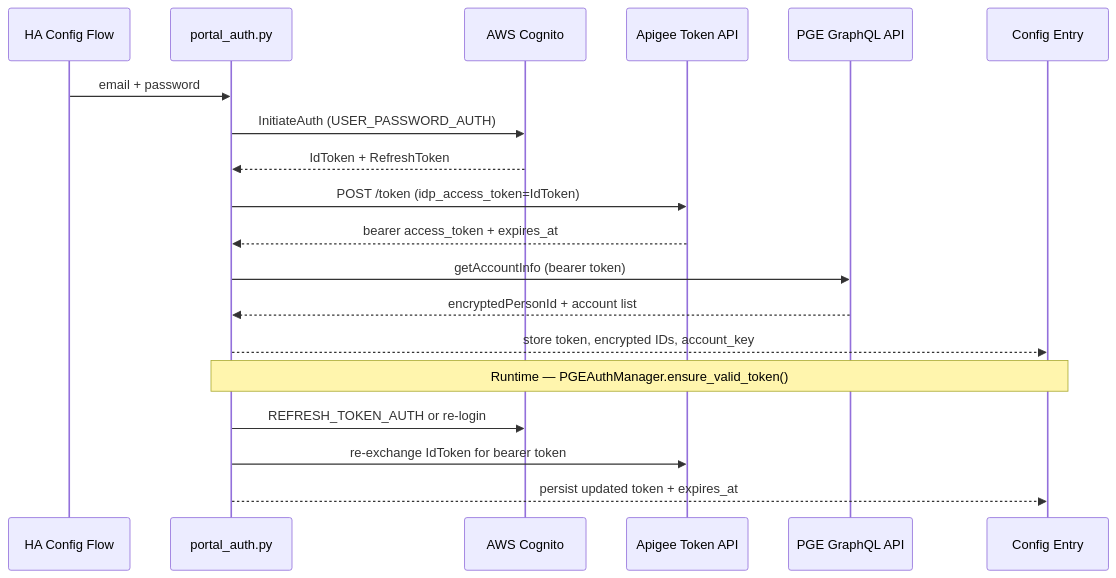
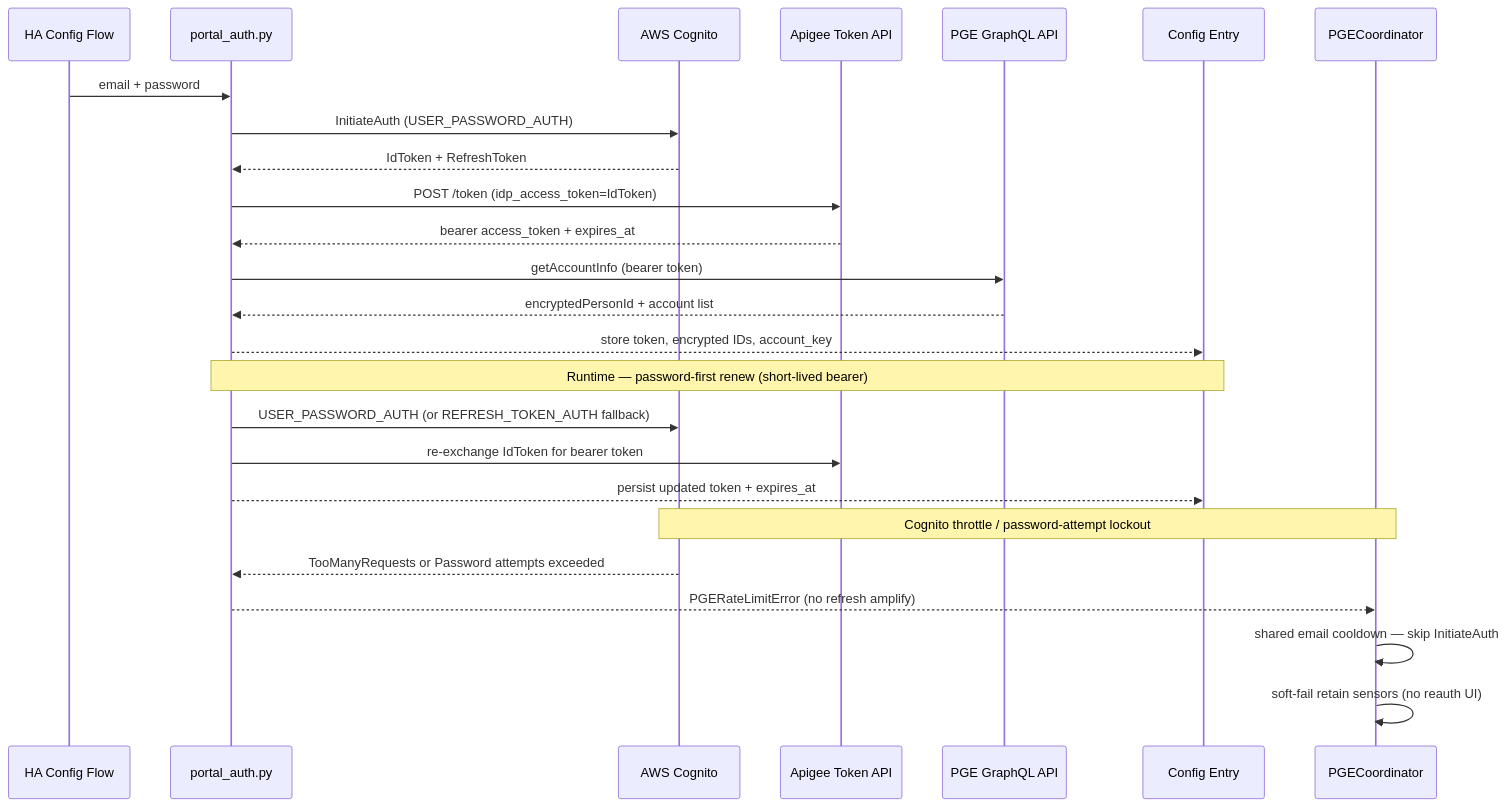
The first of 2 diagrams in README.md (spencerthayer/homeassistant-pge), drawn with Mermaid before and after one commit. The commit also changed other lines of this file and 20 other files, not shown here.

First line of the commit message:
fix: respect Cognito InitiateAuth rate limits (0.6.1)

````diff
--- a/README.md
+++ b/README.md
@@ -37,23 +37,30 @@
 ```mermaid
 sequenceDiagram
     participant User as HA Config Flow
     participant PA as portal_auth.py
     participant Cognito as AWS Cognito
     participant Apigee as Apigee Token API
     participant GraphQL as PGE GraphQL API
     participant Entry as Config Entry
+    participant Coord as PGECoordinator
 
     User->>PA: email + password
     PA->>Cognito: InitiateAuth (USER_PASSWORD_AUTH)
     Cognito-->>PA: IdToken + RefreshToken
     PA->>Apigee: POST /token (idp_access_token=IdToken)
     Apigee-->>PA: bearer access_token + expires_at
     PA->>GraphQL: getAccountInfo (bearer token)
     GraphQL-->>PA: encryptedPersonId + account list
     PA-->>Entry: store token, encrypted IDs, account_key
 
-    Note over PA,Entry: Runtime — PGEAuthManager.ensure_valid_token()
-    PA->>Cognito: REFRESH_TOKEN_AUTH or re-login
+    Note over PA,Entry: Runtime — password-first renew (short-lived bearer)
+    PA->>Cognito: USER_PASSWORD_AUTH (or REFRESH_TOKEN_AUTH fallback)
     PA->>Apigee: re-exchange IdToken for bearer token
     PA-->>Entry: persist updated token + expires_at
+
+    Note over Cognito,Coord: Cognito throttle / password-attempt lockout
+    Cognito-->>PA: TooManyRequests or Password attempts exceeded
+    PA-->>Coord: PGERateLimitError (no refresh amplify)
+    Coord->>Coord: shared email cooldown — skip InitiateAuth
+    Coord->>Coord: soft-fail retain sensors (no reauth UI)
 ```
````
